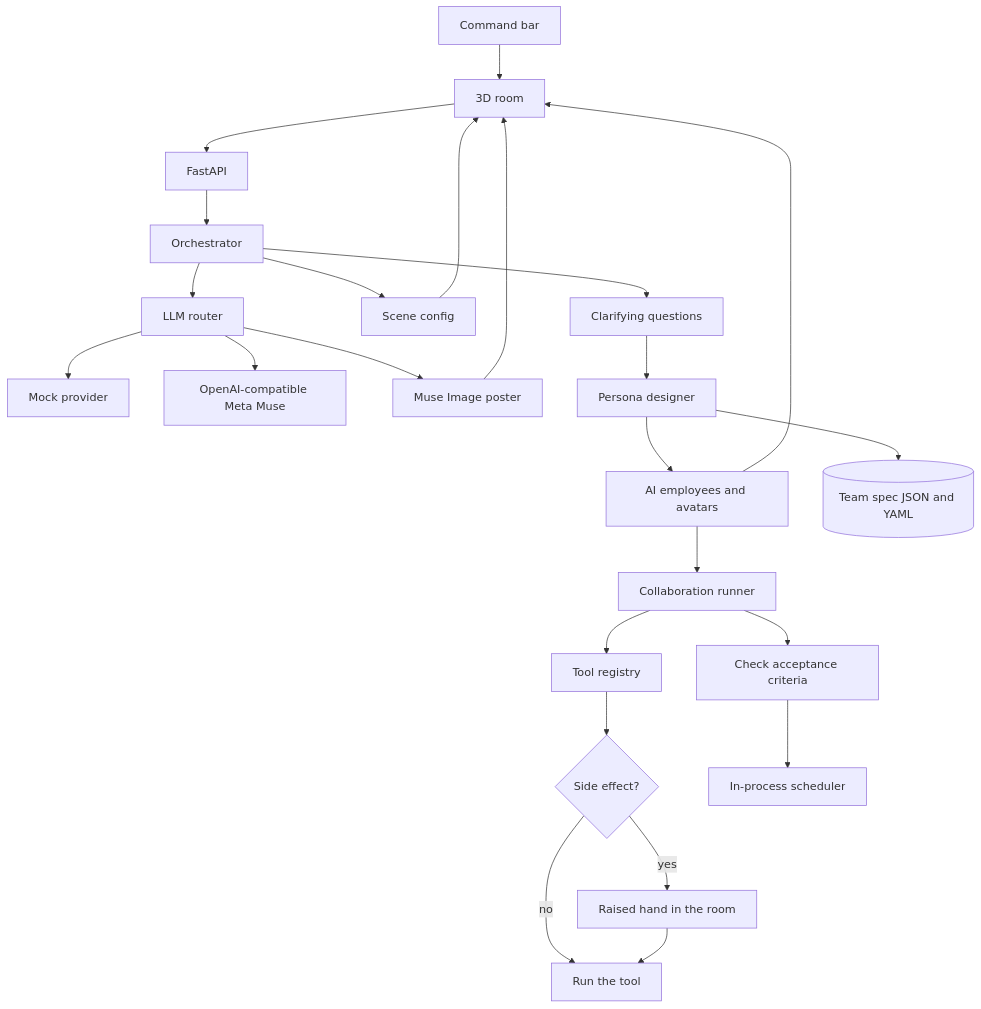
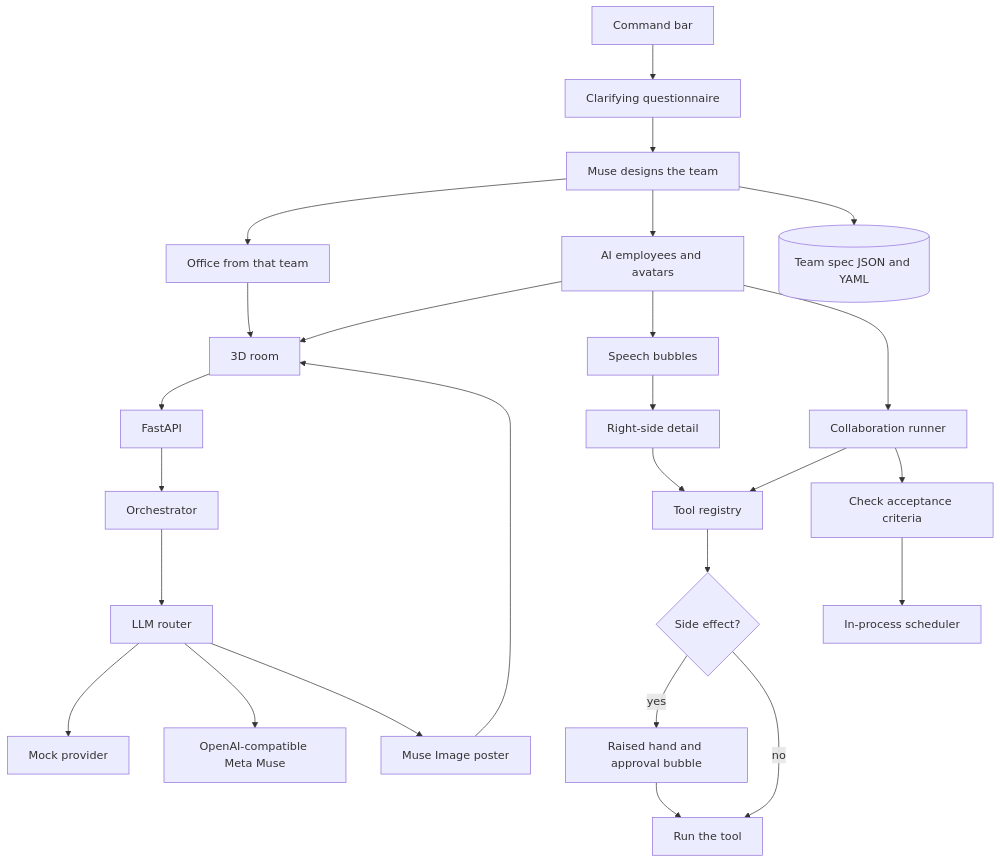
Before and after one commit to ZaakirHussain5/multi-agent-abstract-process-automation-copilot: the diagram in README.md, drawn with Mermaid. The commit also changed other lines of this file and 18 other files, not shown here.

First line of the commit message:
Design the team from the questionnaire before the office exists.

````diff
--- a/README.md
+++ b/README.md
@@ -70,26 +72,28 @@
 ```mermaid
 flowchart TD
-  user[Command bar] --> world[3D room]
+  user[Command bar] --> questions[Clarifying questionnaire]
+  questions --> design[Muse designs the team]
+  design --> scene[Office from that team]
+  scene --> world[3D room]
+  design --> employees[AI employees and avatars]
+  employees --> world
+  employees --> bubbles[Speech bubbles]
+  bubbles --> panel[Right-side detail]
+  panel --> registry[Tool registry]
   world --> api[FastAPI]
   api --> orch[Orchestrator]
   orch --> llm[LLM router]
   llm --> mock[Mock provider]
   llm --> muse[OpenAI-compatible Meta Muse]
-  orch --> scene[Scene config]
-  scene --> world
   llm --> poster[Muse Image poster]
   poster --> world
-  orch --> questions[Clarifying questions]
-  questions --> design[Persona designer]
-  design --> employees[AI employees and avatars]
-  employees --> world
   design --> spec[(Team spec JSON and YAML)]
   employees --> run[Collaboration runner]
-  run --> registry[Tool registry]
+  run --> registry
   registry --> gate{Side effect?}
-  gate -->|yes| hand[Raised hand in the room]
+  gate -->|yes| hand[Raised hand and approval bubble]
   gate -->|no| exec[Run the tool]
   hand --> exec
   run --> verify[Check acceptance criteria]
   verify --> jobs[In-process scheduler]
 ```
````
